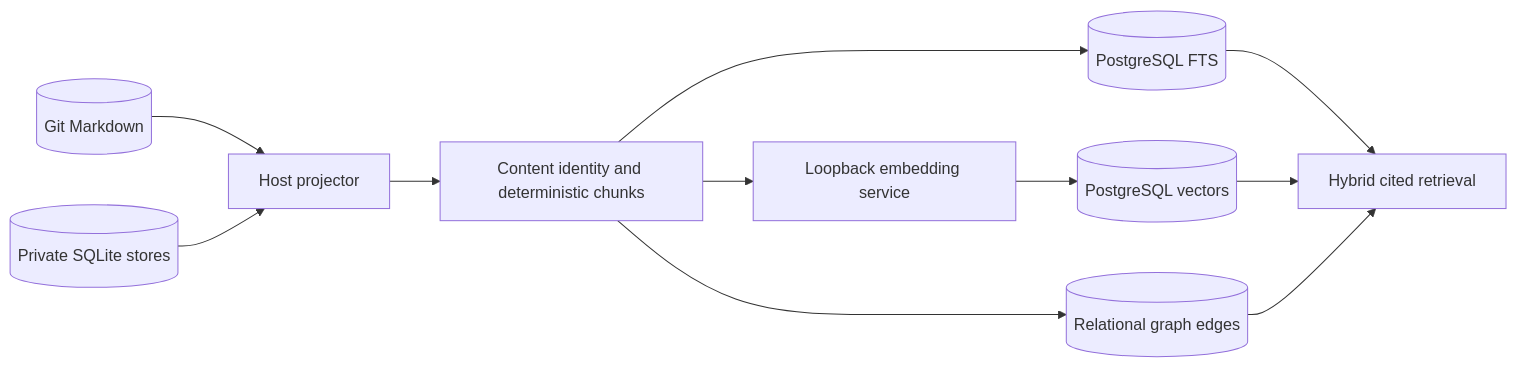
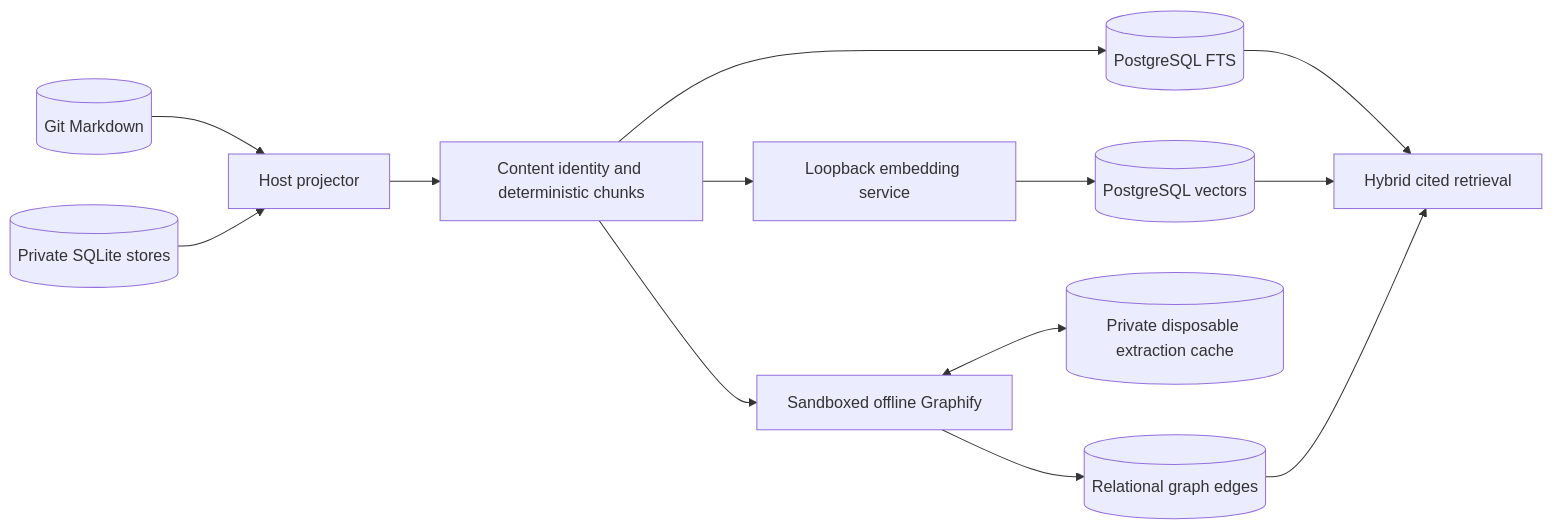
One commit to Saltiola7/dotfiles-ai changed the first of 6 diagrams in docs/specs/dbsctr_knowledge_store/README.md. Above: the diagram before and after it, drawn with Mermaid. The commit also changed other lines of this file and 1 other file, not shown here.

Commit message:
docs(knowledge): define Graphify cache domain

````diff
--- a/docs/specs/dbsctr_knowledge_store/README.md
+++ b/docs/specs/dbsctr_knowledge_store/README.md
@@ -1043,15 +1054,17 @@
 ```mermaid
 flowchart LR
     accTitle: DBSCTR knowledge authority and projection flow
-    accDescr: Git and private SQLite stores remain authoritative. A host projector reads immutable revisions and consistent snapshots, deduplicates content, and writes rebuildable PostgreSQL lexical, vector, and graph projections. A loopback embedding service derives vectors, and retrieval returns cited source evidence without changing authority.
+    accDescr: Git and private SQLite stores remain authoritative. A host projector reads immutable revisions and consistent snapshots, deduplicates content, and writes rebuildable PostgreSQL lexical, vector, and graph projections. Offline Graphify may reuse an owner-private disposable extraction cache. A loopback embedding service derives vectors, and retrieval returns cited source evidence without changing authority.
     G[(Git Markdown)] --> P[Host projector]
     S[(Private SQLite stores)] --> P
     P --> C[Content identity and deterministic chunks]
     C --> F[(PostgreSQL FTS)]
     C --> E[Loopback embedding service]
     E --> V[(PostgreSQL vectors)]
-    C --> R[(Relational graph edges)]
+    C --> X[Sandboxed offline Graphify]
+    X <--> K[(Private disposable extraction cache)]
+    X --> R[(Relational graph edges)]
     F --> Q[Hybrid cited retrieval]
     V --> Q
     R --> Q
 ```
````
